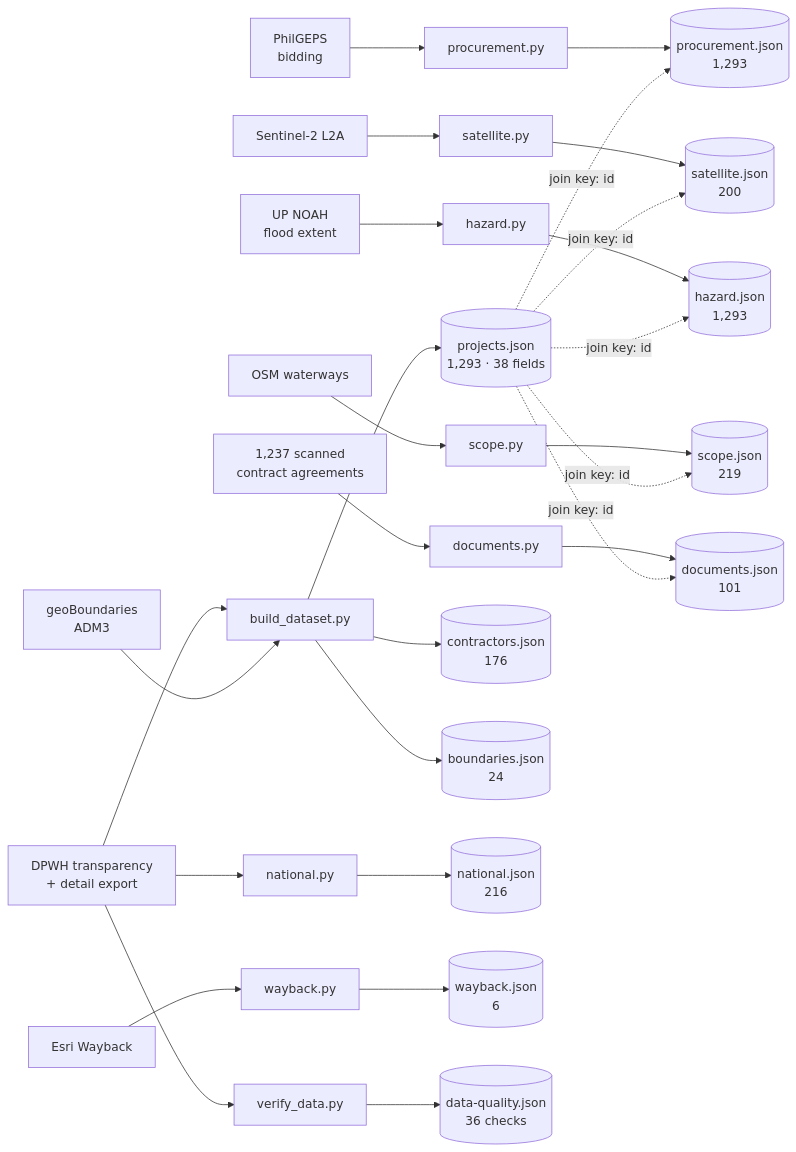
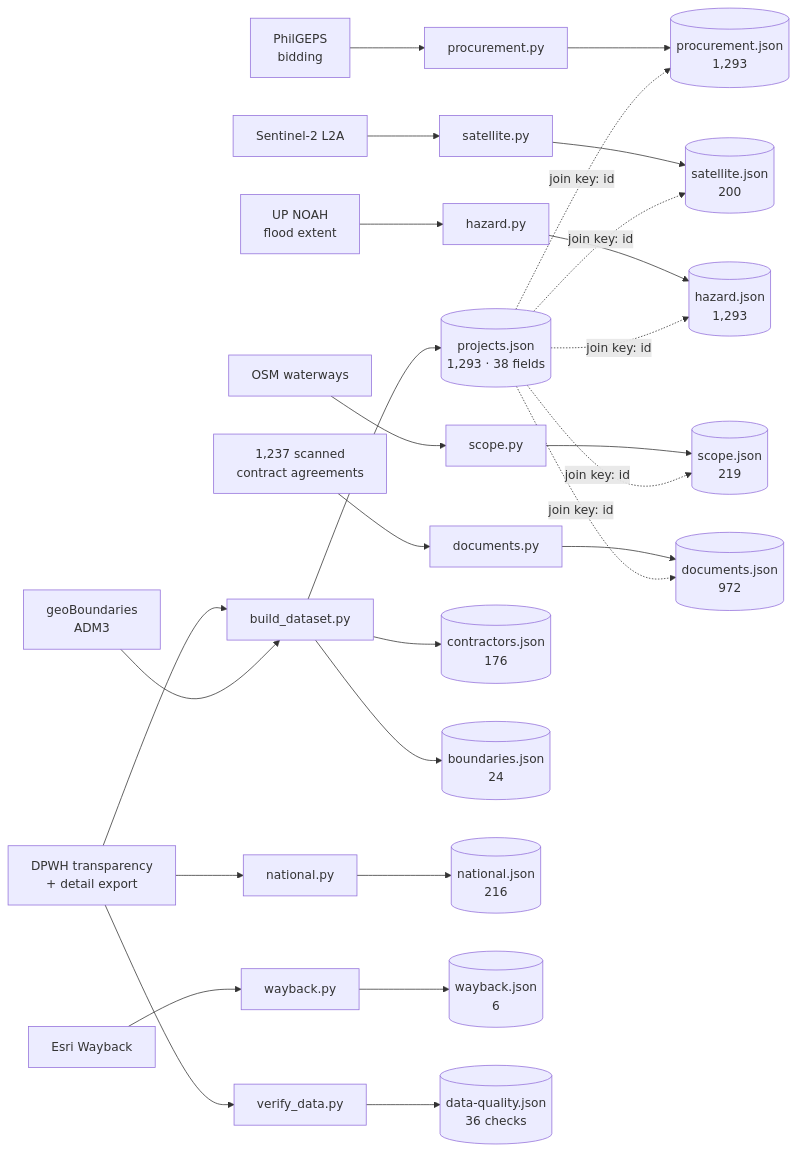
Before and after one commit to realminds-ellah/thesis-infra-intel: the diagram in masid/data-docs/LINEAGE.md, drawn with Mermaid. The commit also changed other lines of this file and 8 other files, not shown here.

````diff
--- a/masid/data-docs/LINEAGE.md
+++ b/masid/data-docs/LINEAGE.md
@@ -16,46 +16,46 @@
 ```mermaid
 flowchart LR
     DPWH["DPWH transparency<br/>+ detail export"]
     GEPS["PhilGEPS<br/>bidding"]
     PDFS["1,237 scanned<br/>contract agreements"]
     S2["Sentinel-2 L2A"]
     ESRI["Esri Wayback"]
     GEOB["geoBoundaries<br/>ADM3"]
     NOAH["UP NOAH<br/>flood extent"]
     OSM["OSM waterways"]
 
     VER["verify_data.py"]
     BUILD["build_dataset.py"]
     PROC["procurement.py"]
     NAT["national.py"]
     SAT["satellite.py"]
     HAZ["hazard.py"]
     WAY["wayback.py"]
     SCOPE["scope.py"]
     DOCS["documents.py"]
 
     P[("projects.json<br/>1,293 · 38 fields")]
     C[("contractors.json<br/>176")]
     B[("boundaries.json<br/>24")]
     PR[("procurement.json<br/>1,293")]
     N[("national.json<br/>216")]
     SJ[("satellite.json<br/>200")]
     HJ[("hazard.json<br/>1,293")]
     WJ[("wayback.json<br/>6")]
     SC[("scope.json<br/>219")]
-    DJ[("documents.json<br/>101")]
+    DJ[("documents.json<br/>972")]
     Q[("data-quality.json<br/>36 checks")]
 
     DPWH --> VER --> Q
     DPWH --> BUILD --> P & C & B
     GEOB --> BUILD
     GEPS --> PROC --> PR
     DPWH --> NAT --> N
     S2 --> SAT --> SJ
     NOAH --> HAZ --> HJ
     ESRI --> WAY --> WJ
     OSM --> SCOPE --> SC
     PDFS --> DOCS --> DJ
 
     P -. "join key: id" .-> PR & SJ & HJ & SC & DJ
 ```
````
